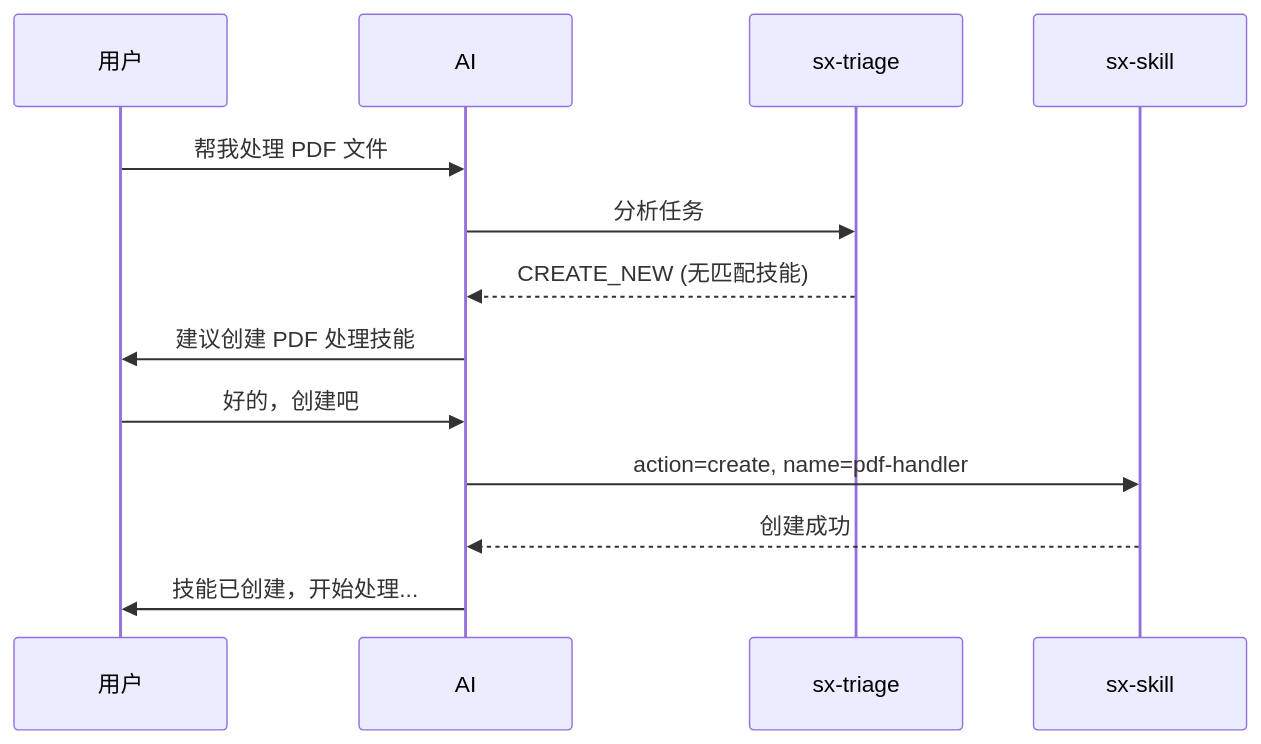
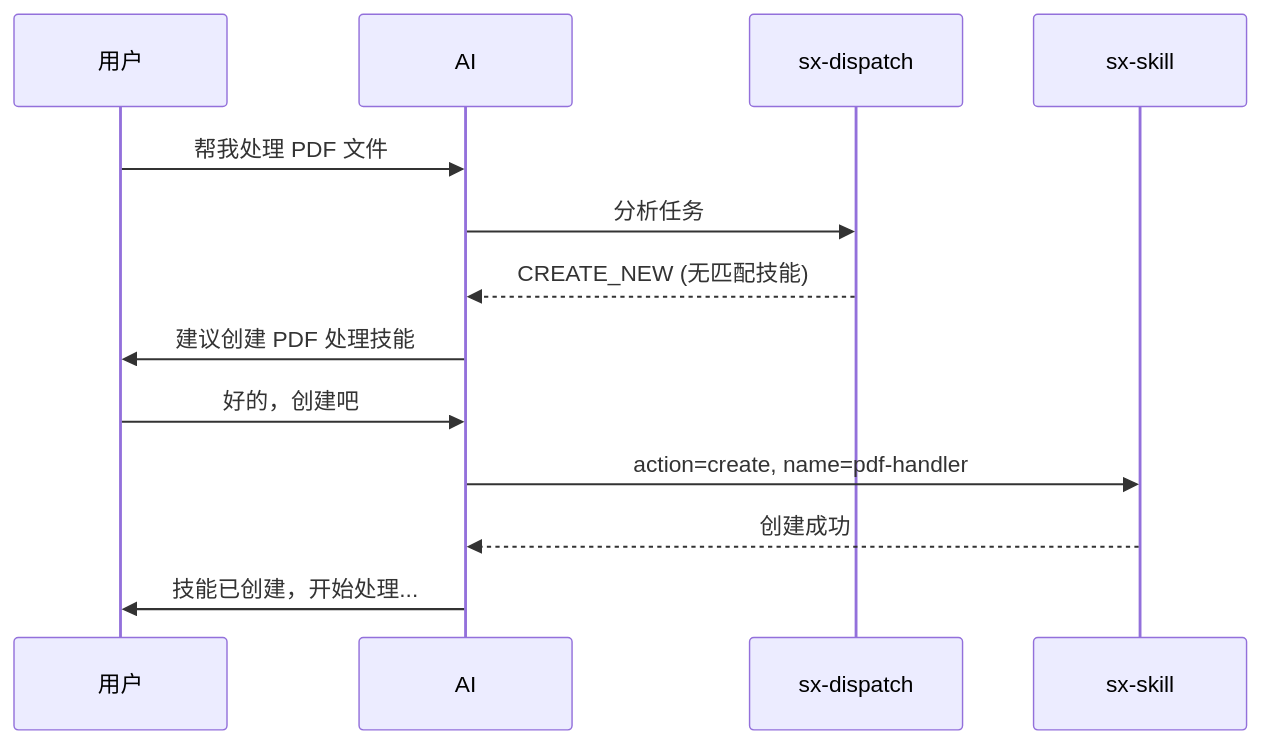
One commit to shetengteng/skillix-mcp changed the eighth of 9 diagrams in design/02-设计/20260111-06-技能创建逻辑设计.md. Above: the diagram before and after it, drawn with Mermaid. The commit also changed other lines of this file and 32 other files, not shown here.

````diff
--- a/design/02-设计/20260111-06-技能创建逻辑设计.md
+++ b/design/02-设计/20260111-06-技能创建逻辑设计.md
@@ -916,16 +916,16 @@
 ```mermaid
 sequenceDiagram
     participant U as 用户
     participant AI as AI
-    participant T as sx-triage
+    participant T as sx-dispatch
     participant S as sx-skill
     
     U->>AI: 帮我处理 PDF 文件
     AI->>T: 分析任务
     T-->>AI: CREATE_NEW (无匹配技能)
     AI->>U: 建议创建 PDF 处理技能
     U->>AI: 好的，创建吧
     AI->>S: action=create, name=pdf-handler
     S-->>AI: 创建成功
     AI->>U: 技能已创建，开始处理...
 ```
````
